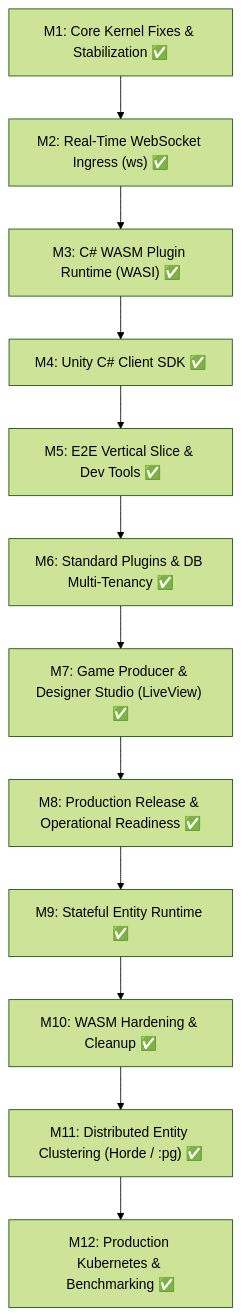
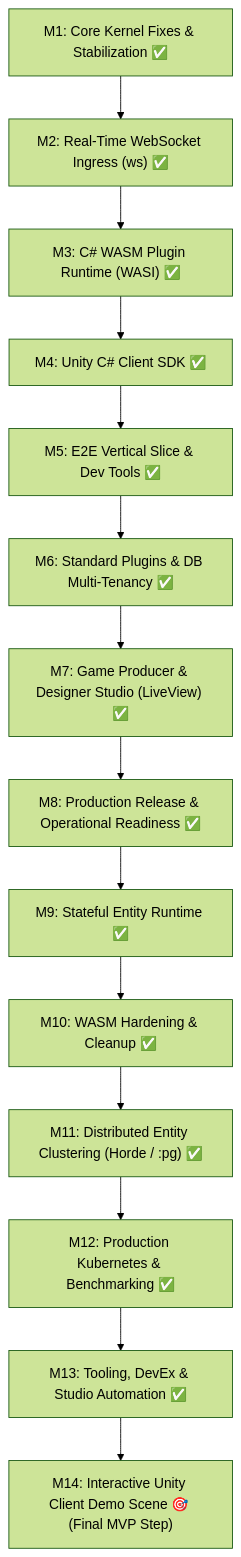
The diagram in plan.md (alxcsx/exoforge), drawn with Mermaid (forest theme) before and after one commit. The commit also changed other lines of this file and 10 other files, not shown here.

````diff
--- a/plan.md
+++ b/plan.md
@@ -83,14 +83,16 @@
 ```mermaid
 flowchart TD
     M1["M1: Core Kernel Fixes & Stabilization ✅"] --> M2["M2: Real-Time WebSocket Ingress (ws) ✅"]
     M2 --> M3["M3: C# WASM Plugin Runtime (WASI) ✅"]
     M3 --> M4["M4: Unity C# Client SDK ✅"]
     M4 --> M5["M5: E2E Vertical Slice & Dev Tools ✅"]
     M5 --> M6["M6: Standard Plugins & DB Multi-Tenancy ✅"]
     M6 --> M7["M7: Game Producer & Designer Studio (LiveView) ✅"]
     M7 --> M8["M8: Production Release & Operational Readiness ✅"]
     M8 --> M9["M9: Stateful Entity Runtime ✅"]
     M9 --> M10["M10: WASM Hardening & Cleanup ✅"]
     M10 --> M11["M11: Distributed Entity Clustering (Horde / :pg) ✅"]
     M11 --> M12["M12: Production Kubernetes & Benchmarking ✅"]
+    M12 --> M13["M13: Tooling, DevEx & Studio Automation ✅"]
+    M13 --> M14["M14: Interactive Unity Client Demo Scene 🎯 (Final MVP Step)"]
 ```
````
